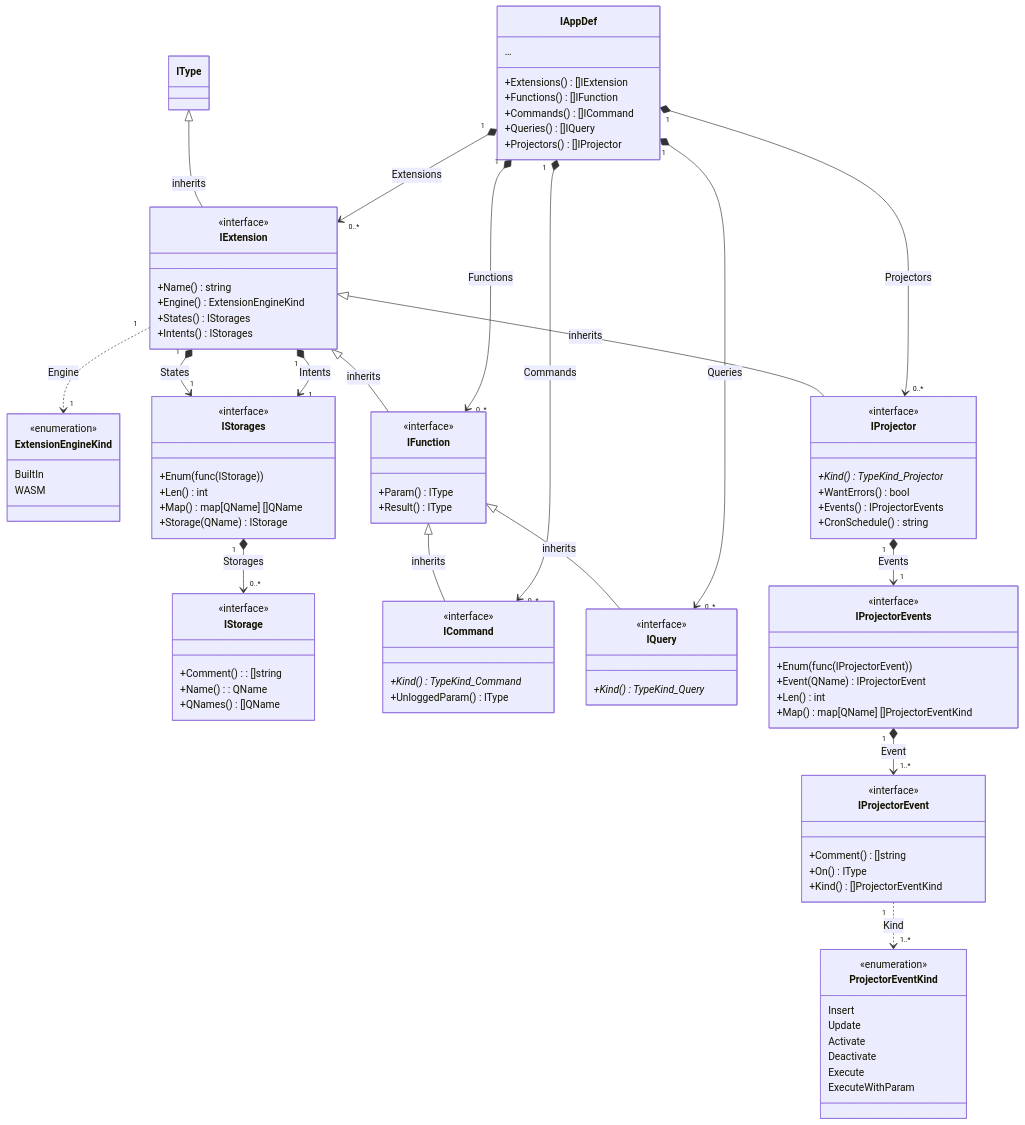
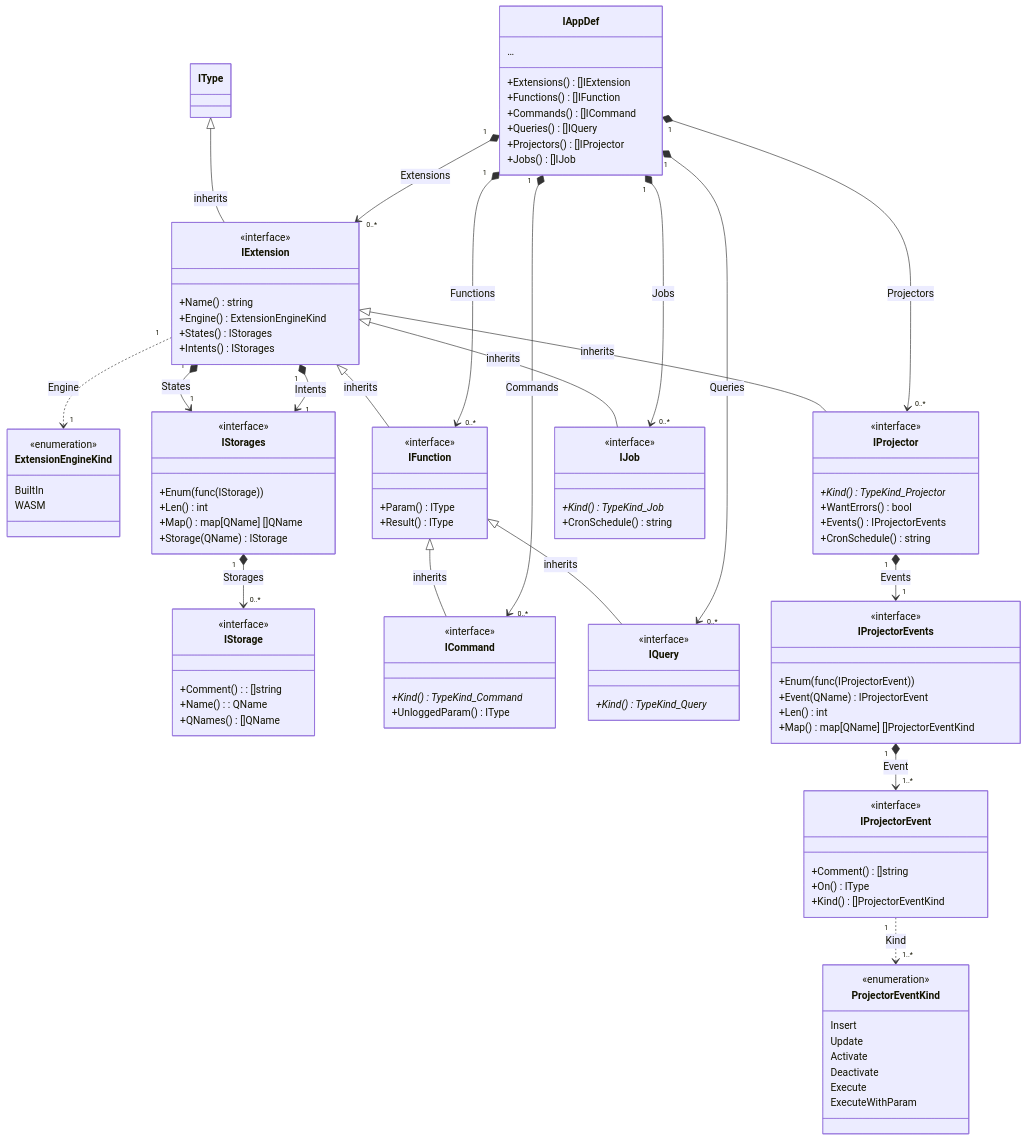
One commit to voedger/voedger changed the seventh of 8 diagrams in pkg/appdef/README.md. Above: the diagram before and after it, drawn with Mermaid. The commit also changed other lines of this file, not shown here.

````diff
--- a/pkg/appdef/README.md
+++ b/pkg/appdef/README.md
@@ -665,6 +672,13 @@
         ExecuteWithParam
     }
 
+    IExtension <|-- IJob : inherits
+    class IJob {
+        <<interface>>
+        +Kind()* TypeKind_Job
+        +CronSchedule() string
+    }
+
     class IAppDef {
       …
       +Extensions() []IExtension
@@ -672,6 +686,7 @@
       +Commands() []ICommand
       +Queries() []IQuery
       +Projectors() []IProjector
+      +Jobs() []IJob
     }
 
     IAppDef "1" *--> "0..*" IExtension : Extensions
@@ -679,4 +694,5 @@
     IAppDef "1" *--> "0..*" ICommand : Commands
     IAppDef "1" *--> "0..*" IQuery : Queries
     IAppDef "1" *--> "0..*" IProjector : Projectors
+    IAppDef "1" *--> "0..*" IJob : Jobs
 ```
````
